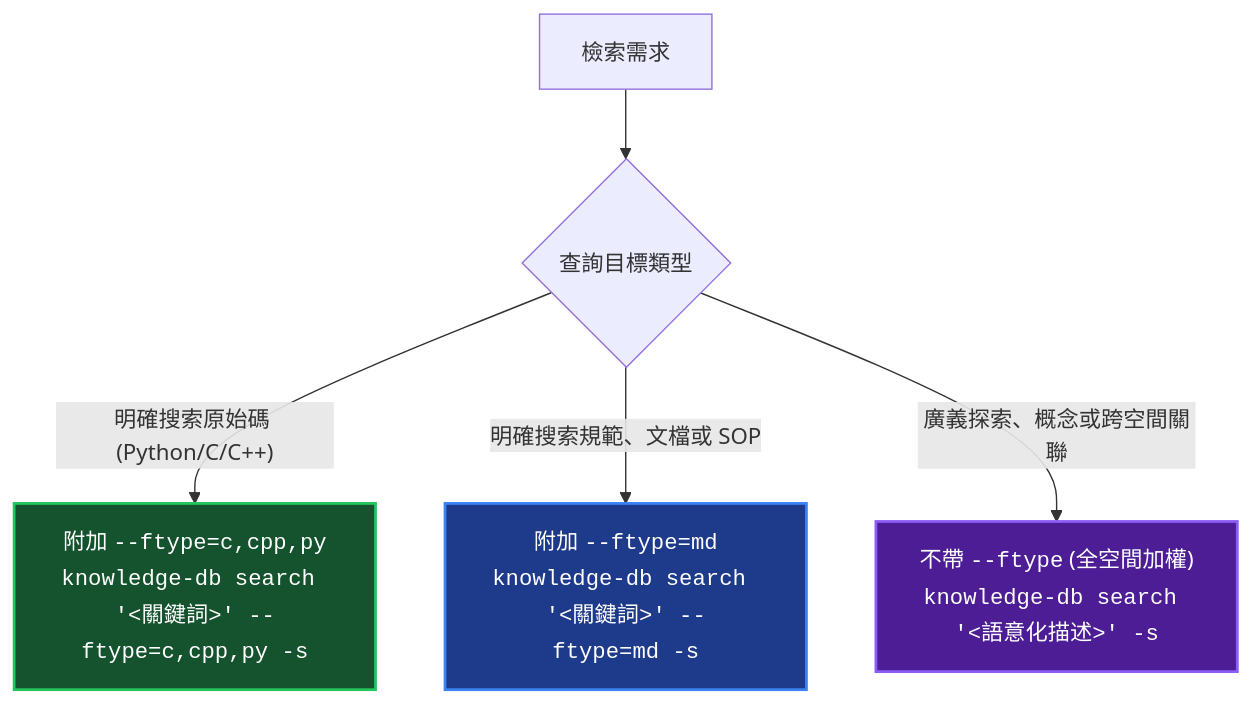
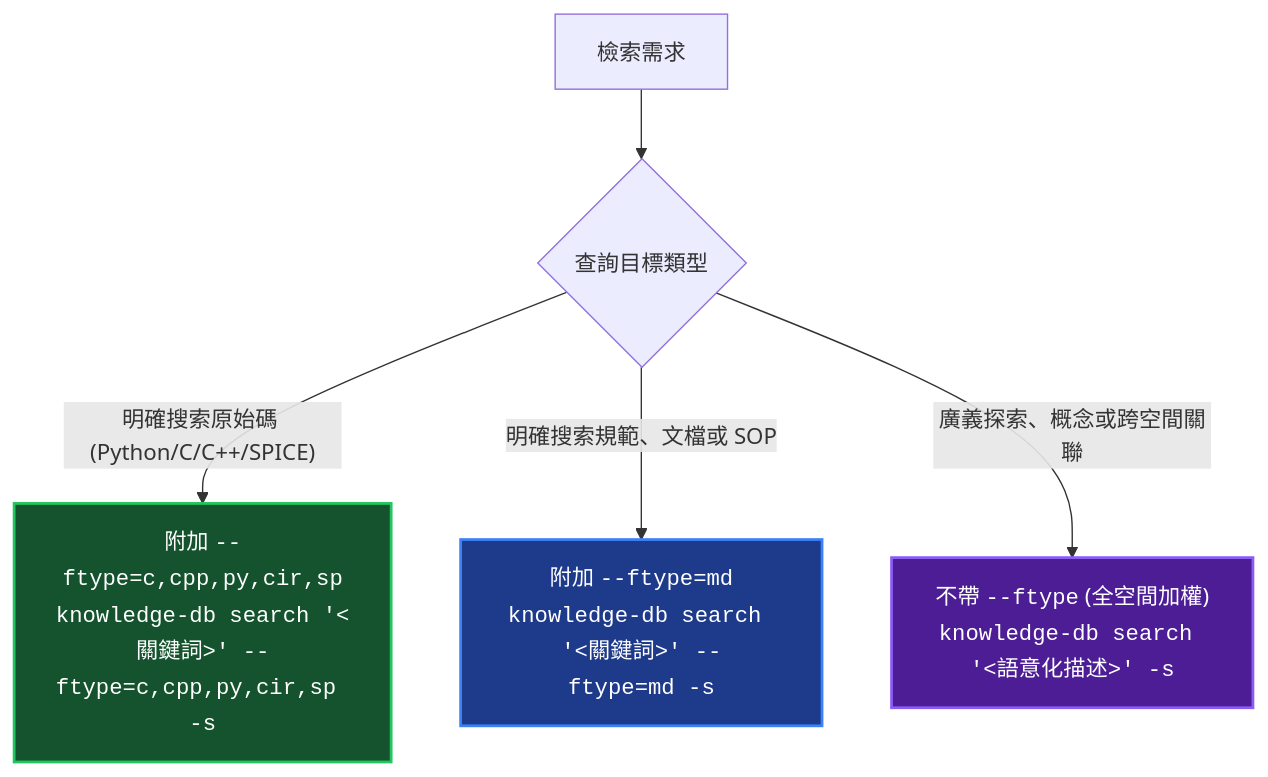
Before and after one commit to ysnaive/ys-codebase: the second of 2 diagrams in ys_codebase/modules/knowledge-db/README.md, drawn with Mermaid. The commit also changed other lines of this file and 27 other files, not shown here.

Commit message:
feat(knowledge-db): add SPICE (.cir, .sp, .spice, .net, .cdl) netlist parser and semantic search

````diff
--- a/ys_codebase/modules/knowledge-db/README.md
+++ b/ys_codebase/modules/knowledge-db/README.md
@@ -38,12 +38,12 @@
 ```mermaid
 graph TD
     classDef code fill:#14532d,stroke:#22c55e,stroke-width:2px,color:#fff;
     classDef doc fill:#1e3a8a,stroke:#3b82f6,stroke-width:2px,color:#fff;
     classDef hybrid fill:#4c1d95,stroke:#8b5cf6,stroke-width:2px,color:#fff;
 
     Start["檢索需求"] --> Type{"查詢目標類型"}
 
-    Type -- "明確搜索原始碼 (Python/C/C++)" --> Code["附加 <code>--ftype=c,cpp,py</code><br/><code>knowledge-db search '&lt;關鍵詞&gt;' --ftype=c,cpp,py -s</code>"]:::code
+    Type -- "明確搜索原始碼 (Python/C/C++/SPICE)" --> Code["附加 <code>--ftype=c,cpp,py,cir,sp</code><br/><code>knowledge-db search '&lt;關鍵詞&gt;' --ftype=c,cpp,py,cir,sp -s</code>"]:::code
     Type -- "明確搜索規範、文檔或 SOP" --> Doc["附加 <code>--ftype=md</code><br/><code>knowledge-db search '&lt;關鍵詞&gt;' --ftype=md -s</code>"]:::doc
     Type -- "廣義探索、概念或跨空間關聯" --> Hybrid["不帶 <code>--ftype</code> (全空間加權)<br/><code>knowledge-db search '&lt;語意化描述&gt;' -s</code>"]:::hybrid
 ```
````
